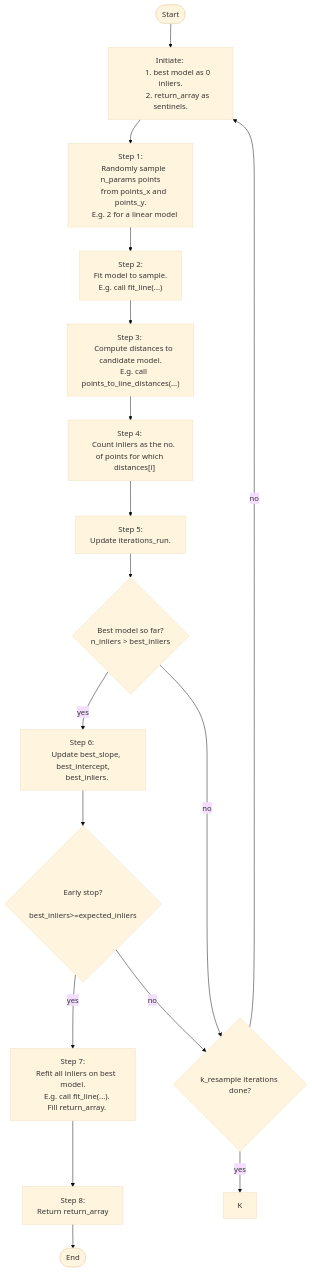
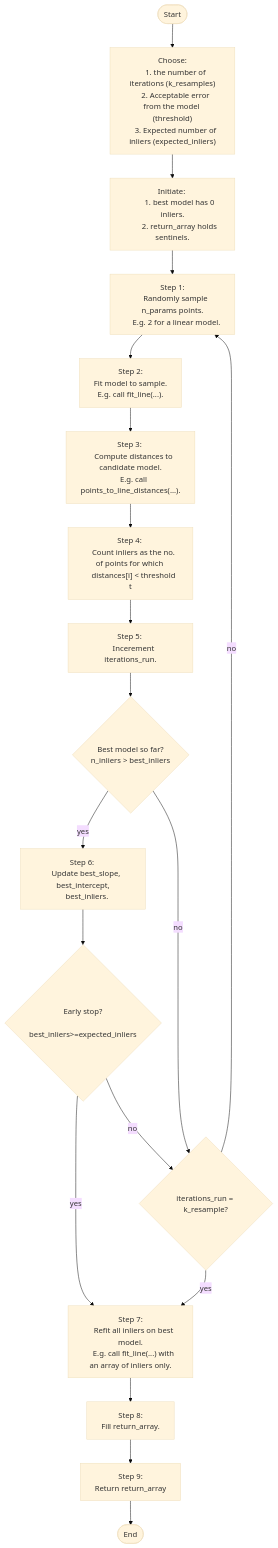
The diagram in README.md (arshsinghphd/RANSAC-analysis), drawn with Mermaid (base theme) before and after one commit. The commit also changed other lines of this file, not shown here.

Commit message:
refine flow chart

````diff
--- a/README.md
+++ b/README.md
@@ -69,66 +69,74 @@
 ```mermaid
 flowchart TD
-    A([Start]) --> B
+    A([Start]) --> B1
 
-    B["Initiate: 
-        1. best model as 0 inliers.
-        2. return_array as sentinels."]
-    B --> B2
+    B1[" Choose:
+    1. the number of iterations (k_resamples)
+    2. Acceptable error from the model (threshold)
+    3. Expected number of inliers (expected_inliers)"]
+    B1 --> B2
 
-    B2["Step 1:
-    Randomly sample n_params points
-    from points_x and points_y.
-    E.g. 2 for a linear model"]
+    B2["Initiate: 
+        1. best model has 0 inliers.
+        2. return_array holds sentinels."]
+    B2 --> B
+
+    B["Step 1:
+    Randomly sample n_params points.
+    E.g. 2 for a linear model."]
     
-    B2 --> C
+    B --> C
 
     C["Step 2: 
     Fit model to sample.
-    E.g. call fit_line(...)"]
+    E.g. call fit_line(...)."]
     C --> D
 
     D["Step 3: 
     Compute distances to candidate model.
-    E.g. call points_to_line_distances(...)"]
+    E.g. call points_to_line_distances(...)."]
     D --> E
 
     E["Step 4: 
     Count inliers as the no. of points for which 
-    distances[i]<threshold t"]
+    distances[i] < threshold t"]
     E --> F1
 
     F1["Step 5: 
-    Update iterations_run."]
+    Incerement iterations_run."]
     F1 --> F
 
     F{"Best model so far?
     n_inliers > best_inliers"}
     F -- yes --> G
     F -- no --> I
 
     G["Step 6: 
     Update best_slope, best_intercept,
     best_inliers."]
     G --> H
 
     H{"Early stop?
     best_inliers>=expected_inliers"}
     H -- yes --> L
     H -- no --> I
 
-    I{"k_resample iterations done?"}
+    I{"iterations_run = k_resample?"}
     I -- no --> B
-    I -- yes --> K
+    I -- yes --> L
     
     L["Step 7:
     Refit all inliers on best model.
-    E.g. call fit_line(...).
+    E.g. call fit_line(...) with an array of inliers only."]
+    L --> L1
+    
+    L1["Step 8:
     Fill return_array."]
-    L --> M
-    
-    M["Step 8: 
+    L1 --> M
+
+    M["Step 9: 
     Return return_array"]
     M --> P
 
     P([End])
 ```
````
